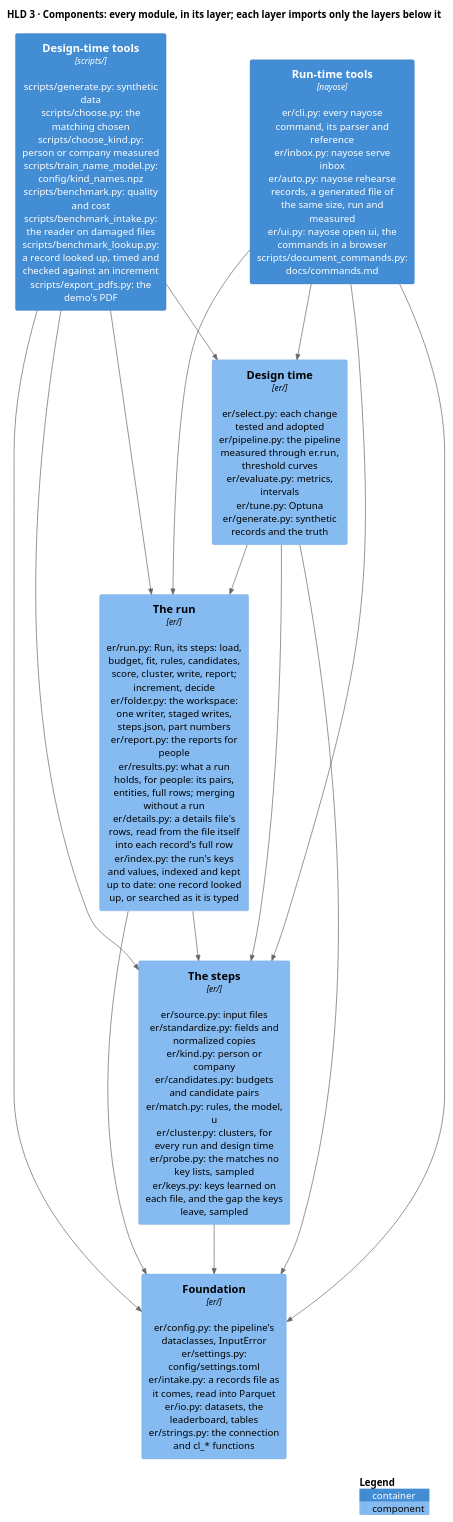
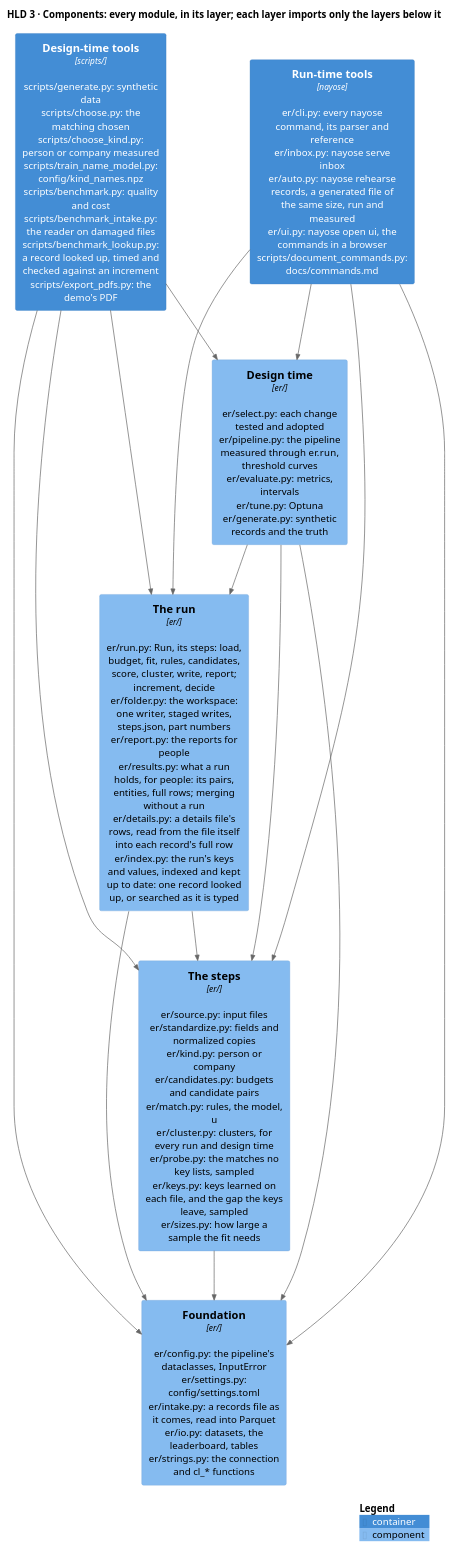
The diagram in docs/diagrams/components.puml (mvsbm/entity_matching), drawn with PlantUML before and after one commit. The commit also changed 10 other files, not shown here.

```diff
--- a/docs/diagrams/components.puml
+++ b/docs/diagrams/components.puml
@@ -1,31 +1,31 @@
 @startuml components
 !include <C4/C4_Component>
 LAYOUT_TOP_DOWN()
 HIDE_STEREOTYPE()
 title HLD 3 · Components: every module, in its layer; each layer imports only the layers below it
 
 Container(tools_run, "Run-time tools", "nayose", "er/cli.py: every nayose command, its parser and reference\ner/inbox.py: nayose serve inbox\ner/auto.py: nayose rehearse records, a generated file of the same size, run and measured\ner/ui.py: nayose open ui, the commands in a browser\nscripts/document_commands.py: docs/commands.md")
 Container(tools_design, "Design-time tools", "scripts/", "scripts/generate.py: synthetic data\nscripts/choose.py: the matching chosen\nscripts/choose_kind.py: person or company measured\nscripts/train_name_model.py: config/kind_names.npz\nscripts/benchmark.py: quality and cost\nscripts/benchmark_intake.py: the reader on damaged files\nscripts/benchmark_lookup.py: a record looked up, timed and checked against an increment\nscripts/export_pdfs.py: the demo's PDF")
 
 Component(run, "The run", "er/", "er/run.py: Run, its steps: load, budget, fit, rules, candidates, score, cluster, write, report; increment, decide\ner/folder.py: the workspace: one writer, staged writes, steps.json, part numbers\ner/report.py: the reports for people\ner/results.py: what a run holds, for people: its pairs, entities, full rows; merging without a run\ner/details.py: a details file's rows, read from the file itself into each record's full row\ner/index.py: the run's keys and values, indexed and kept up to date: one record looked up, or searched as it is typed")
 Component(design, "Design time", "er/", "er/select.py: each change tested and adopted\ner/pipeline.py: the pipeline measured through er.run, threshold curves\ner/evaluate.py: metrics, intervals\ner/tune.py: Optuna\ner/generate.py: synthetic records and the truth")
-Component(steps, "The steps", "er/", "er/source.py: input files\ner/standardize.py: fields and normalized copies\ner/kind.py: person or company\ner/candidates.py: budgets and candidate pairs\ner/match.py: rules, the model, u\ner/cluster.py: clusters, for every run and design time\ner/probe.py: the matches no key lists, sampled\ner/keys.py: keys learned on each file, and the gap the keys leave, sampled")
+Component(steps, "The steps", "er/", "er/source.py: input files\ner/standardize.py: fields and normalized copies\ner/kind.py: person or company\ner/candidates.py: budgets and candidate pairs\ner/match.py: rules, the model, u\ner/cluster.py: clusters, for every run and design time\ner/probe.py: the matches no key lists, sampled\ner/keys.py: keys learned on each file, and the gap the keys leave, sampled\ner/sizes.py: how large a sample the fit needs")
 Component(configuration, "Foundation", "er/", "er/config.py: the pipeline's dataclasses, InputError\ner/settings.py: config/settings.toml\ner/intake.py: a records file as it comes, read into Parquet\ner/io.py: datasets, the leaderboard, tables\ner/strings.py: the connection and cl_* functions")
 
 Rel_D(tools_run, run, "")
 Rel_D(tools_run, steps, "")
 Rel_D(tools_run, configuration, "")
 Rel_D(tools_run, design, "")
 Rel_D(tools_design, run, "")
 Rel_D(tools_design, design, "")
 Rel_D(tools_design, steps, "")
 Rel_D(tools_design, configuration, "")
 Rel_D(run, steps, "")
 Rel_D(run, configuration, "")
 Rel_D(design, run, "")
 Rel_D(design, steps, "")
 Rel_D(design, configuration, "")
 Rel_D(steps, configuration, "")
 
 SHOW_LEGEND()
 @enduml
```
